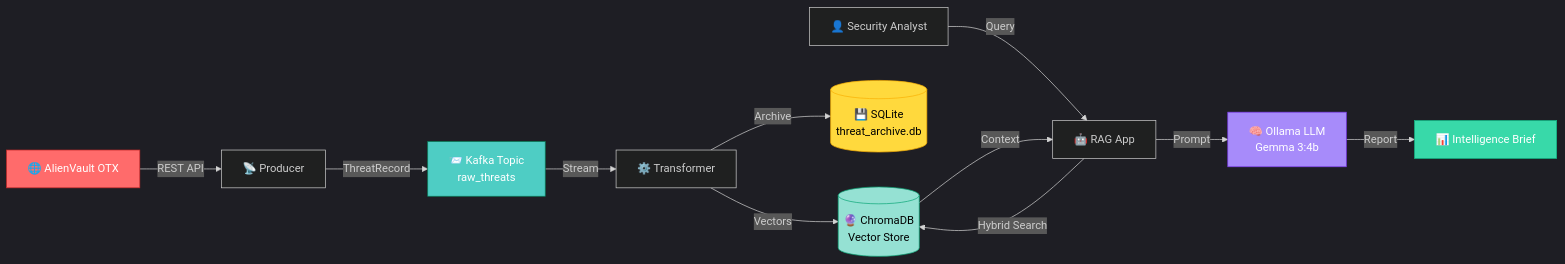
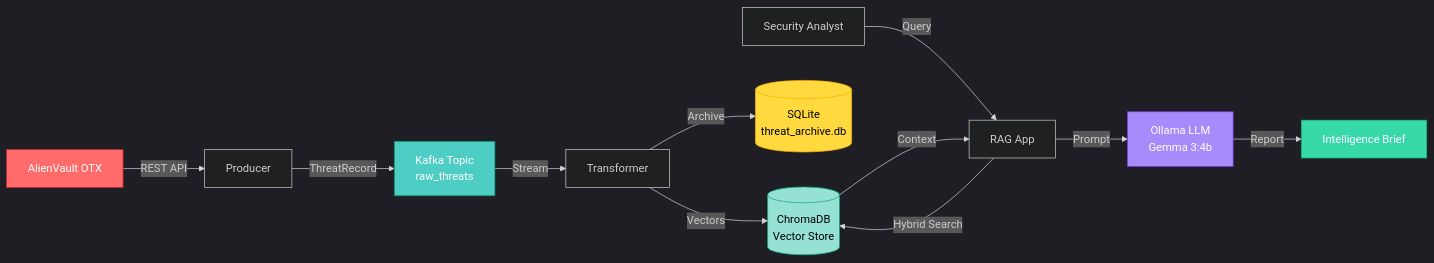
One commit to Jalalbaim/CyberThreat-Intelligence changed the diagram in README.md. Above: the diagram before and after it, drawn with Mermaid. The commit also changed other lines of this file, not shown here.

````diff
--- a/README.md
+++ b/README.md
@@ -77,21 +67,21 @@
 ```mermaid
 %%{init: {'theme':'dark'}}%%
 graph LR
-    A[🌐 AlienVault OTX] -->|REST API| B[📡 Producer]
-    B -->|ThreatRecord| C[📨 Kafka Topic<br/>raw_threats]
-    C -->|Stream| D[⚙️ Transformer]
-    D -->|Vectors| E[(🔮 ChromaDB<br/>Vector Store)]
-    D -->|Archive| F[(💾 SQLite<br/>threat_archive.db)]
-    G[👤 Security Analyst] -->|Query| H[🤖 RAG App]
+    A[AlienVault OTX] -->|REST API| B[Producer]
+    B -->|ThreatRecord| C[Kafka Topic<br/>raw_threats]
+    C -->|Stream| D[Transformer]
+    D -->|Vectors| E[(ChromaDB<br/>Vector Store)]
+    D -->|Archive| F[(SQLite<br/>threat_archive.db)]
+    G[Security Analyst] -->|Query| H[RAG App]
     H -->|Hybrid Search| E
     E -->|Context| H
-    H -->|Prompt| I[🧠 Ollama LLM<br/>Gemma 3:4b]
-    I -->|Report| J[📊 Intelligence Brief]
+    H -->|Prompt| I[Ollama LLM<br/>Gemma 3:4b]
+    I -->|Report| J[Intelligence Brief]
 
     style A fill:#ff6b6b,stroke:#c92a2a,color:#fff
     style C fill:#4ecdc4,stroke:#087f5b,color:#fff
     style E fill:#95e1d3,stroke:#0ca678,color:#000
     style F fill:#ffd93d,stroke:#fab005,color:#000
     style I fill:#a78bfa,stroke:#7c3aed,color:#fff
     style J fill:#38d9a9,stroke:#12b886,color:#fff
 ```
````
